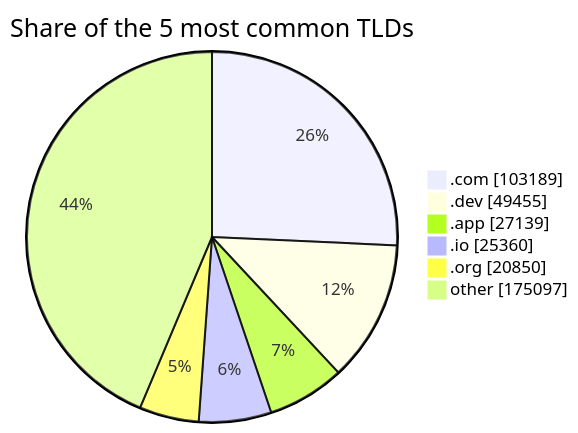
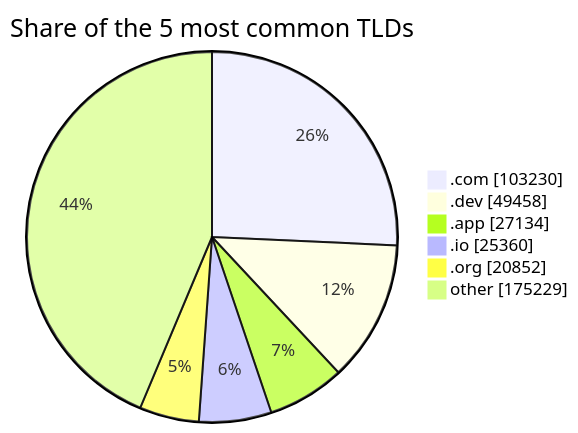
Before and after one commit to DNSBunker/CTI: the third of 3 diagrams in README.md, drawn with Mermaid. The commit also changed other lines of this file and 3 other files, not shown here.

````diff
--- a/README.md
+++ b/README.md
@@ -81,9 +81,9 @@
 ```mermaid
 pie showData title Share of the 5 most common TLDs
-    ".com" : 103189
-    ".dev" : 49455
-    ".app" : 27139
+    ".com" : 103230
+    ".dev" : 49458
+    ".app" : 27134
     ".io" : 25360
-    ".org" : 20850
-    "other" : 175097
+    ".org" : 20852
+    "other" : 175229
 ```
````
